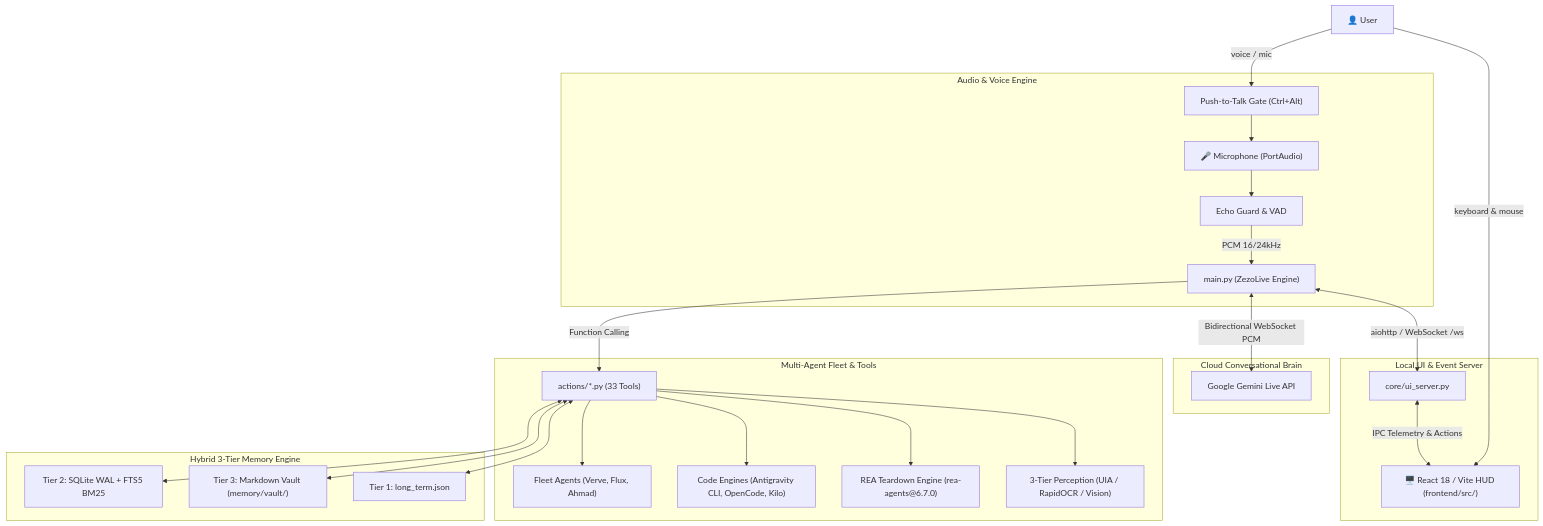
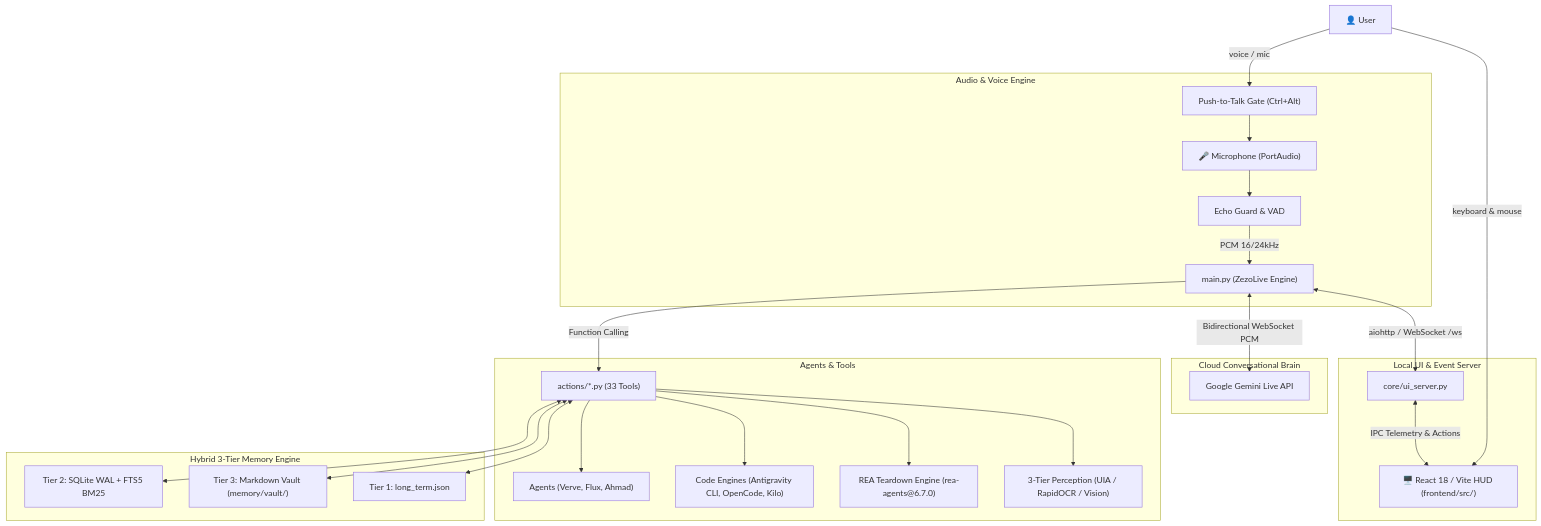
Before and after one commit to hamzabukhari07/jarvis-57: the first of 9 diagrams in docs/DIAGRAMS.md, drawn with Mermaid. The commit also changed other lines of this file and 103 other files, not shown here.

Commit message:
feat: replace fleet system with agents management, docs sync & UI updates

````diff
--- a/docs/DIAGRAMS.md
+++ b/docs/DIAGRAMS.md
@@ -10,34 +10,34 @@
 ```mermaid
 flowchart TD
     User["👤 User"] -->|voice / mic| PTT["Push-to-Talk Gate (Ctrl+Alt)"]
     User -->|keyboard & mouse| ReactHUD["🖥️ React 18 / Vite HUD (frontend/src/)"]
     
     subgraph AudioEngine["Audio & Voice Engine"]
         PTT --> Mic["🎤 Microphone (PortAudio)"]
         Mic --> Echo["Echo Guard & VAD"]
         Echo -->|PCM 16/24kHz| ZezoLive["main.py (ZezoLive Engine)"]
     end
 
     subgraph CoreBrain["Cloud Conversational Brain"]
         ZezoLive <-->|Bidirectional WebSocket PCM| GeminiLive["Google Gemini Live API"]
     end
 
     subgraph DispatchServer["Local UI & Event Server"]
         ZezoLive <-->|aiohttp / WebSocket /ws| Server["core/ui_server.py"]
         Server <-->|IPC Telemetry & Actions| ReactHUD
     end
 
-    subgraph AutonomousFleet["Multi-Agent Fleet & Tools"]
+    subgraph AutonomousAgent["Agents & Tools"]
         ZezoLive -->|Function Calling| Tools["actions/*.py (33 Tools)"]
-        Tools --> Fleet["Fleet Agents (Verve, Flux, Ahmad)"]
+        Tools --> agents["Agents (Verve, Flux, Ahmad)"]
         Tools --> CodeEngines["Code Engines (Antigravity CLI, OpenCode, Kilo)"]
         Tools --> Teardown["REA Teardown Engine (rea-agents@6.7.0)"]
         Tools --> ComputerPerception["3-Tier Perception (UIA / RapidOCR / Vision)"]
     end
 
     subgraph MemoryEngine["Hybrid 3-Tier Memory Engine"]
         Tools <--> SQLite["Tier 2: SQLite WAL + FTS5 BM25"]
         Tools <--> Vault["Tier 3: Markdown Vault (memory/vault/)"]
         Tools <--> LongTerm["Tier 1: long_term.json"]
     end
 ```
````
